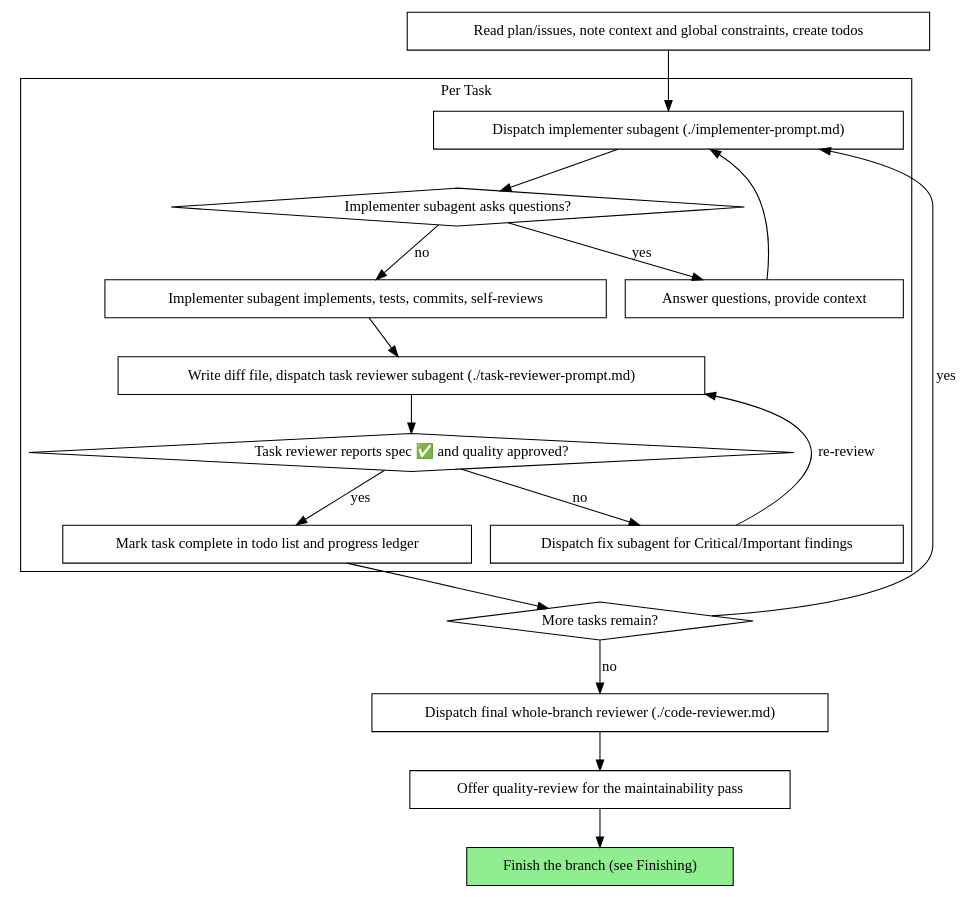
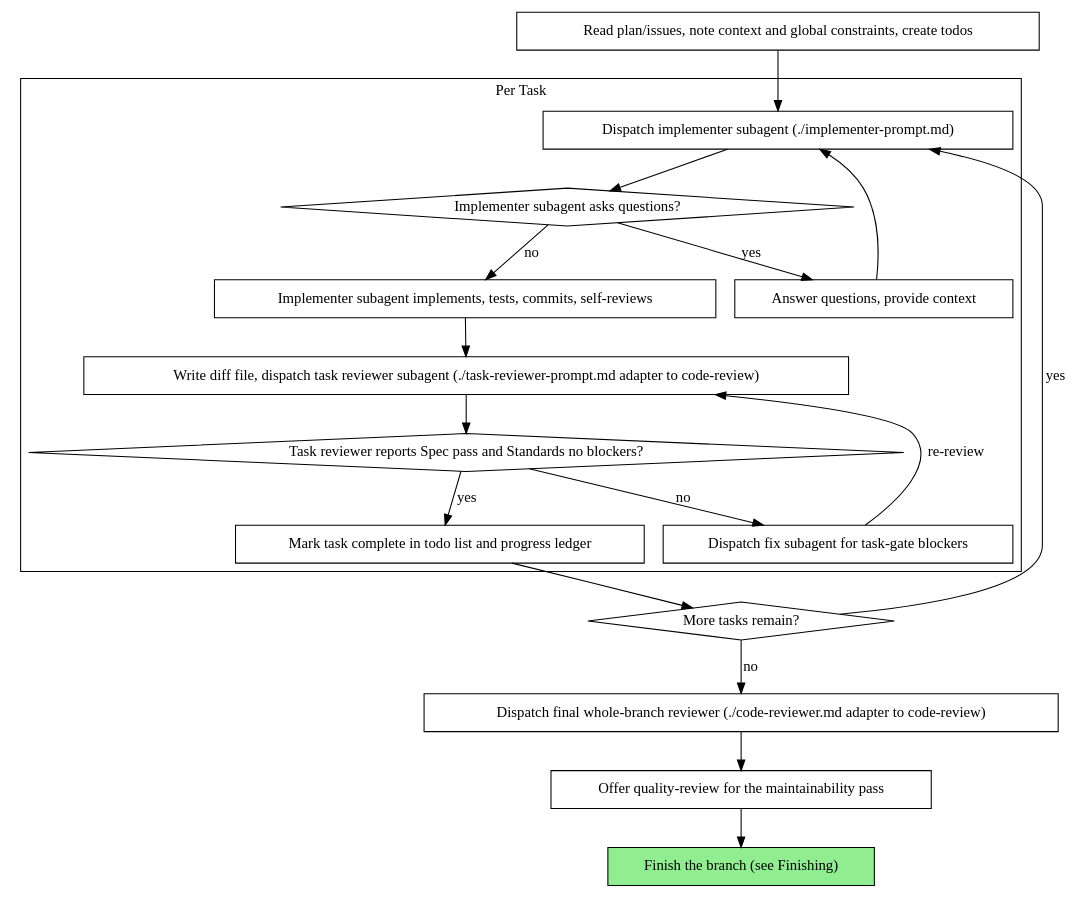
The second of 2 diagrams in skills/subagent-driven-development/SKILL.md (Enubia/skills), drawn with Graphviz before and after one commit. The commit also changed other lines of this file and 5 other files, not shown here.

Commit message:
update: quality review skill and updates

````diff
--- a/skills/subagent-driven-development/SKILL.md
+++ b/skills/subagent-driven-development/SKILL.md
@@ -67,39 +67,39 @@
 ```dot
 digraph process {
     rankdir=TB;
 
     subgraph cluster_per_task {
         label="Per Task";
         "Dispatch implementer subagent (./implementer-prompt.md)" [shape=box];
         "Implementer subagent asks questions?" [shape=diamond];
         "Answer questions, provide context" [shape=box];
         "Implementer subagent implements, tests, commits, self-reviews" [shape=box];
-        "Write diff file, dispatch task reviewer subagent (./task-reviewer-prompt.md)" [shape=box];
-        "Task reviewer reports spec ✅ and quality approved?" [shape=diamond];
-        "Dispatch fix subagent for Critical/Important findings" [shape=box];
+        "Write diff file, dispatch task reviewer subagent (./task-reviewer-prompt.md adapter to code-review)" [shape=box];
+        "Task reviewer reports Spec pass and Standards no blockers?" [shape=diamond];
+        "Dispatch fix subagent for task-gate blockers" [shape=box];
         "Mark task complete in todo list and progress ledger" [shape=box];
     }
 
     "Read plan/issues, note context and global constraints, create todos" [shape=box];
     "More tasks remain?" [shape=diamond];
-    "Dispatch final whole-branch reviewer (./code-reviewer.md)" [shape=box];
+    "Dispatch final whole-branch reviewer (./code-reviewer.md adapter to code-review)" [shape=box];
     "Offer quality-review for the maintainability pass" [shape=box];
     "Finish the branch (see Finishing)" [shape=box style=filled fillcolor=lightgreen];
 
     "Read plan/issues, note context and global constraints, create todos" -> "Dispatch implementer subagent (./implementer-prompt.md)";
     "Dispatch implementer subagent (./implementer-prompt.md)" -> "Implementer subagent asks questions?";
     "Implementer subagent asks questions?" -> "Answer questions, provide context" [label="yes"];
     "Answer questions, provide context" -> "Dispatch implementer subagent (./implementer-prompt.md)";
     "Implementer subagent asks questions?" -> "Implementer subagent implements, tests, commits, self-reviews" [label="no"];
-    "Implementer subagent implements, tests, commits, self-reviews" -> "Write diff file, dispatch task reviewer subagent (./task-reviewer-prompt.md)";
-    "Write diff file, dispatch task reviewer subagent (./task-reviewer-prompt.md)" -> "Task reviewer reports spec ✅ and quality approved?";
-    "Task reviewer reports spec ✅ and quality approved?" -> "Dispatch fix subagent for Critical/Important findings" [label="no"];
-    "Dispatch fix subagent for Critical/Important findings" -> "Write diff file, dispatch task reviewer subagent (./task-reviewer-prompt.md)" [label="re-review"];
-    "Task reviewer reports spec ✅ and quality approved?" -> "Mark task complete in todo list and progress ledger" [label="yes"];
+    "Implementer subagent implements, tests, commits, self-reviews" -> "Write diff file, dispatch task reviewer subagent (./task-reviewer-prompt.md adapter to code-review)";
+    "Write diff file, dispatch task reviewer subagent (./task-reviewer-prompt.md adapter to code-review)" -> "Task reviewer reports Spec pass and Standards no blockers?";
+    "Task reviewer reports Spec pass and Standards no blockers?" -> "Dispatch fix subagent for task-gate blockers" [label="no"];
+    "Dispatch fix subagent for task-gate blockers" -> "Write diff file, dispatch task reviewer subagent (./task-reviewer-prompt.md adapter to code-review)" [label="re-review"];
+    "Task reviewer reports Spec pass and Standards no blockers?" -> "Mark task complete in todo list and progress ledger" [label="yes"];
     "Mark task complete in todo list and progress ledger" -> "More tasks remain?";
     "More tasks remain?" -> "Dispatch implementer subagent (./implementer-prompt.md)" [label="yes"];
-    "More tasks remain?" -> "Dispatch final whole-branch reviewer (./code-reviewer.md)" [label="no"];
-    "Dispatch final whole-branch reviewer (./code-reviewer.md)" -> "Offer quality-review for the maintainability pass";
+    "More tasks remain?" -> "Dispatch final whole-branch reviewer (./code-reviewer.md adapter to code-review)" [label="no"];
+    "Dispatch final whole-branch reviewer (./code-reviewer.md adapter to code-review)" -> "Offer quality-review for the maintainability pass";
     "Offer quality-review for the maintainability pass" -> "Finish the branch (see Finishing)";
 }
 ```
````
